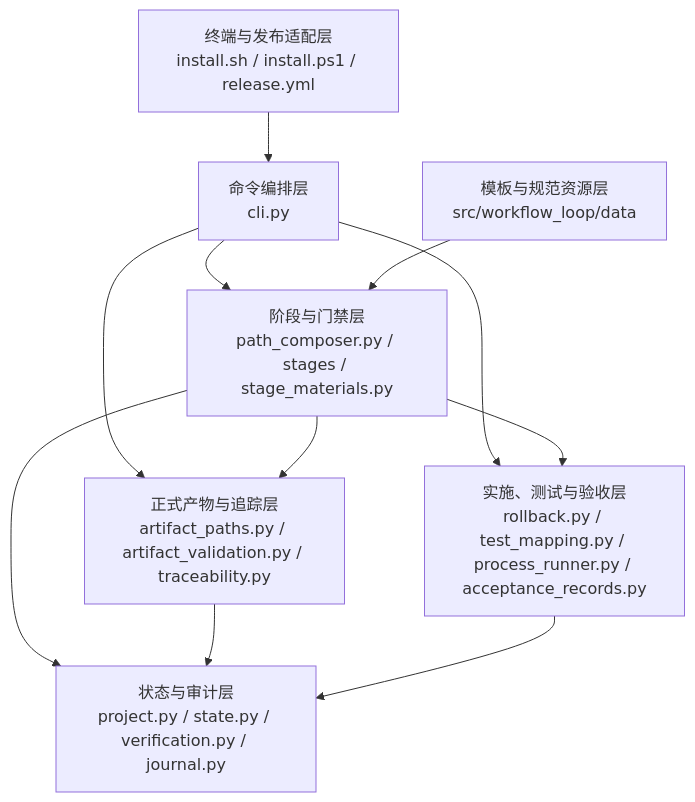
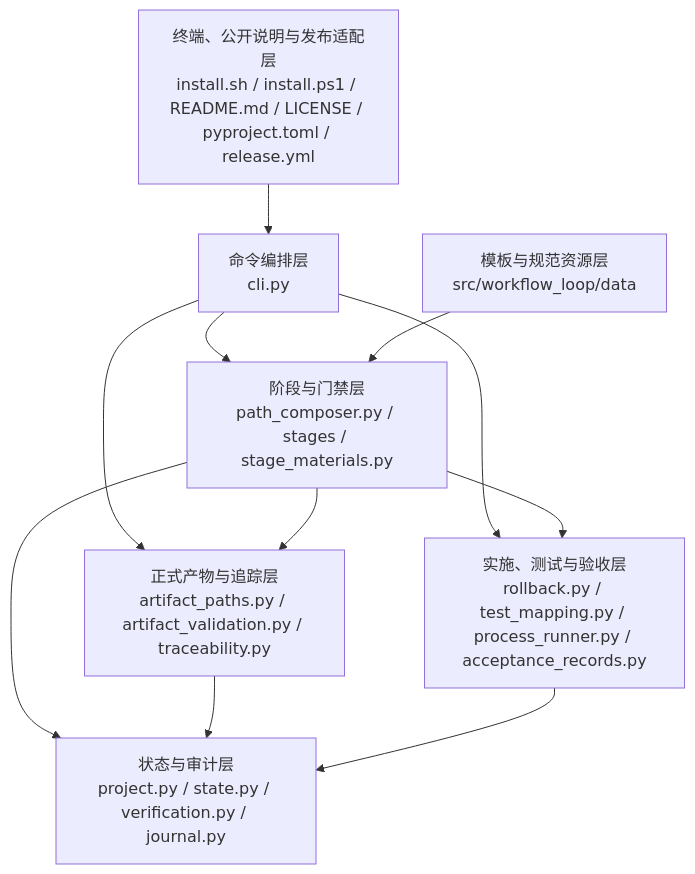
One commit to yuzyf/workflow_loop changed the diagram in spec/代码架构设计.md. Above: the diagram before and after it, drawn with Mermaid. The commit also changed other lines of this file and 26 other files, not shown here.

````diff
--- a/spec/代码架构设计.md
+++ b/spec/代码架构设计.md
@@ -86,20 +94,20 @@
 ```mermaid
 flowchart TB
-    A["终端与发布适配层<br/>install.sh / install.ps1 / release.yml"]
+    A["终端、公开说明与发布适配层<br/>install.sh / install.ps1 / README.md / LICENSE / pyproject.toml / release.yml"]
     B["命令编排层<br/>cli.py"]
     C["阶段与门禁层<br/>path_composer.py / stages / stage_materials.py"]
     D["正式产物与追踪层<br/>artifact_paths.py / artifact_validation.py / traceability.py"]
     E["实施、测试与验收层<br/>rollback.py / test_mapping.py / process_runner.py / acceptance_records.py"]
     F["状态与审计层<br/>project.py / state.py / verification.py / journal.py"]
     G["模板与规范资源层<br/>src/workflow_loop/data"]
     A --> B
     B --> C
     B --> D
     B --> E
     C --> D
     C --> E
     C --> F
     D --> F
     E --> F
     G --> C
 ```
````
